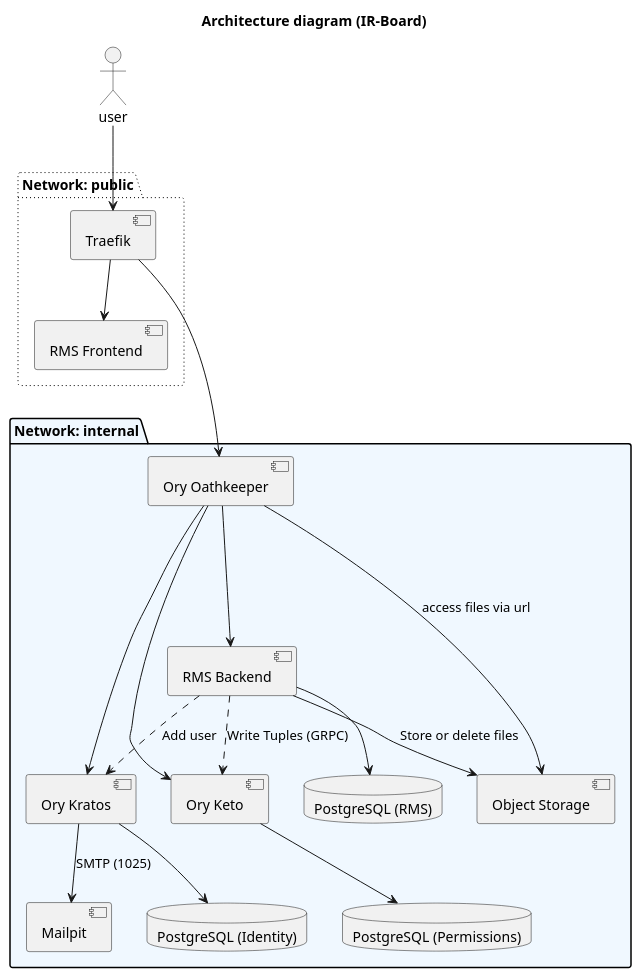
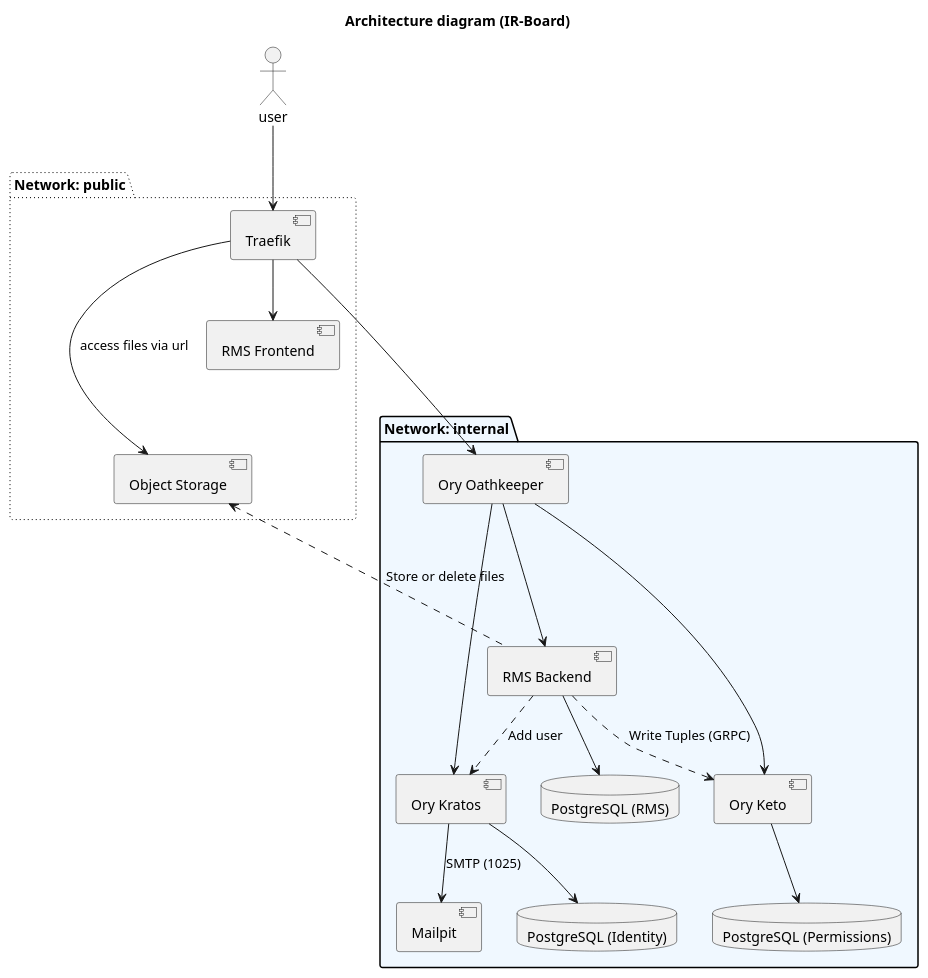
One commit to Y4vra/IRBoard changed the diagram in docs/assets/diagrams/plantUML/Architecture.puml. Above: the diagram before and after it, drawn with PlantUML. The commit also changed 7 other files, not shown here.

Commit message:
feat: separates the object storage from the internal network

```diff
--- a/docs/assets/diagrams/plantUML/Architecture.puml
+++ b/docs/assets/diagrams/plantUML/Architecture.puml
@@ -1,51 +1,51 @@
 @startuml ArchitectureC2
 title Architecture diagram (IR-Board)
 
 actor user
 
 ' Redes (Networks)
 package "Network: public" #line.dotted {
     [RMS Frontend] as front
     [Traefik] as gateway
+    [Object Storage] as minio
 }
 
 package "Network: internal" #AliceBlue {
     [Ory Oathkeeper] as proxy
     [Ory Kratos] as kratos
     [Ory Keto] as keto
     [RMS Backend] as backend
     [Mailpit] as mail
-    [Object Storage] as minio
     
     database "PostgreSQL (RMS)" as db_rms
     database "PostgreSQL (Identity)" as db_auth
     database "PostgreSQL (Permissions)" as db_perm
 }
 
 ' Conexiones de tráfico
 user -down-> gateway
 gateway -down-> front 
-gateway -down--> proxy 
+gateway -down--> proxy
+gateway -down--> minio : access files via url
 
 ' Consultas internas Ory
 proxy ---> kratos 
 proxy ---> keto 
 
 ' Paso final al Backend
 proxy -down--> backend
-proxy -down--> minio : access files via url
 
 ' mailing provisional
 kratos --> mail : SMTP (1025)
 
 ' Persistencia
 backend ..> keto : Write Tuples (GRPC)
 backend ..> kratos : Add user
-backend --> minio : Store or delete files  
+backend .up..> minio : Store or delete files  
 
 backend -down-> db_rms
 kratos -down-> db_auth
 keto -down-> db_perm
 
 
 @enduml
```
